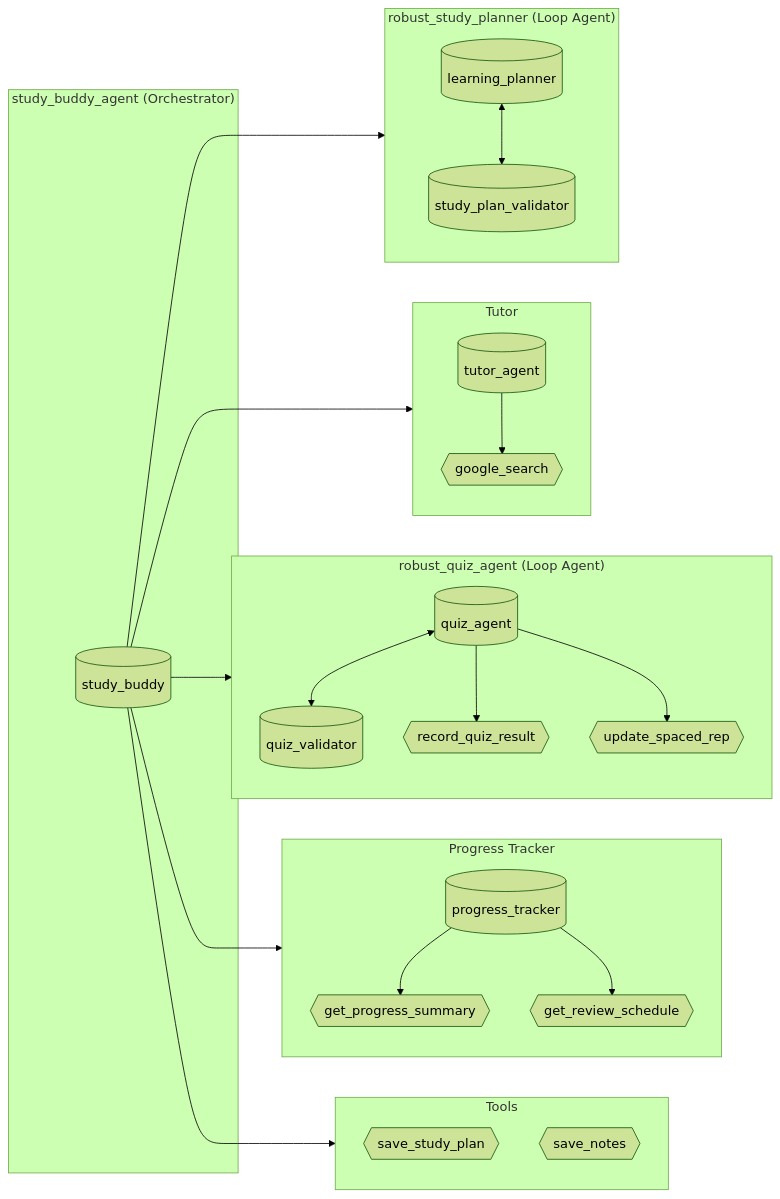
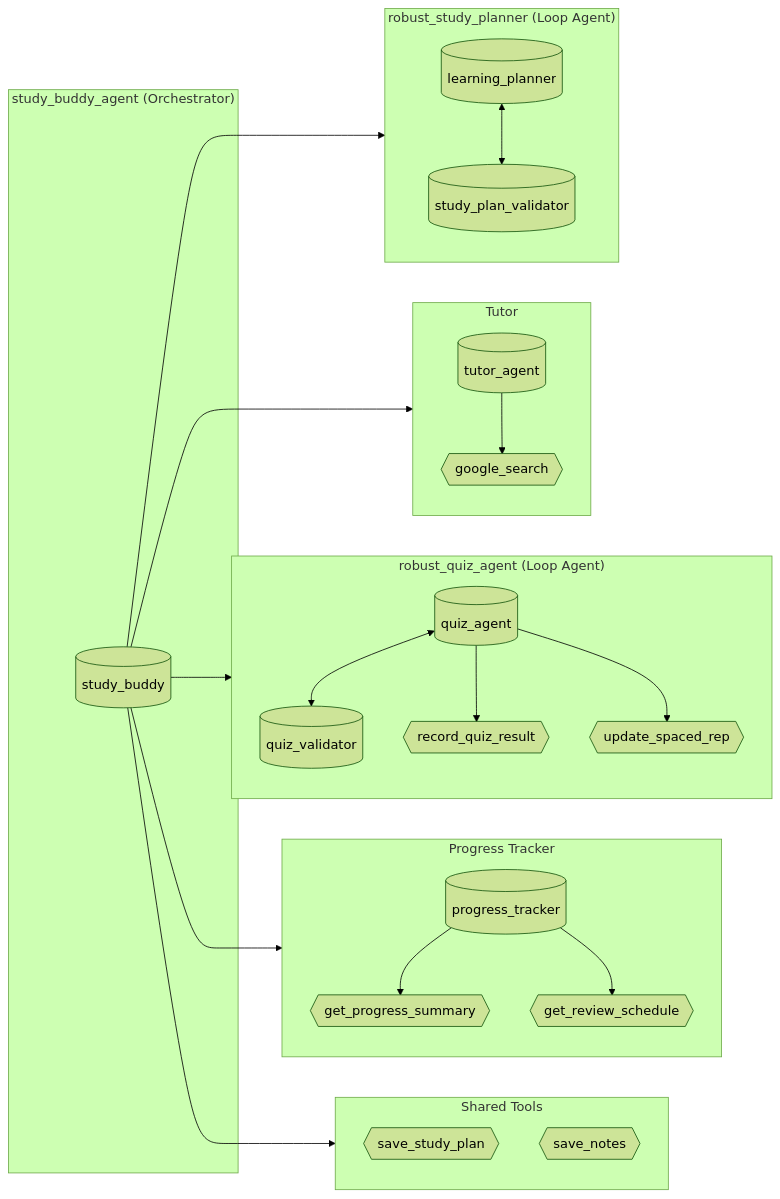
One commit to pes1ug23am910/study-buddy-final changed the diagram in docs/architecture_diagram.md. Above: the diagram before and after it, drawn with Mermaid (forest theme). The commit also changed other lines of this file and 9 other files, not shown here.

````diff
--- a/docs/architecture_diagram.md
+++ b/docs/architecture_diagram.md
@@ -5,47 +23,47 @@
 ```mermaid
 flowchart LR
     subgraph main["study_buddy_agent (Orchestrator)"]
         SB[("study_buddy")]
     end
-    
+
     subgraph planner_loop["robust_study_planner (Loop Agent)"]
         LP[("learning_planner")]
         SPV[("study_plan_validator")]
         LP <--> SPV
     end
-    
+
     subgraph tutor_section["Tutor"]
         TA[("tutor_agent")]
         GS1{{"google_search"}}
         TA --> GS1
     end
-    
+
     subgraph quiz_loop["robust_quiz_agent (Loop Agent)"]
         QA[("quiz_agent")]
         QV[("quiz_validator")]
         QA <--> QV
         RQR{{"record_quiz_result"}}
         USR{{"update_spaced_rep"}}
         QA --> RQR
         QA --> USR
     end
-    
+
     subgraph progress_section["Progress Tracker"]
         PT[("progress_tracker")]
         GPS{{"get_progress_summary"}}
         GRS{{"get_review_schedule"}}
         PT --> GPS
         PT --> GRS
     end
-    
-    subgraph tools["Tools"]
+
+    subgraph tools["Shared Tools"]
         SSP{{"save_study_plan"}}
         SN{{"save_notes"}}
     end
-    
+
     SB --> planner_loop
     SB --> tutor_section
     SB --> quiz_loop
     SB --> progress_section
     SB --> tools
 ```
````
